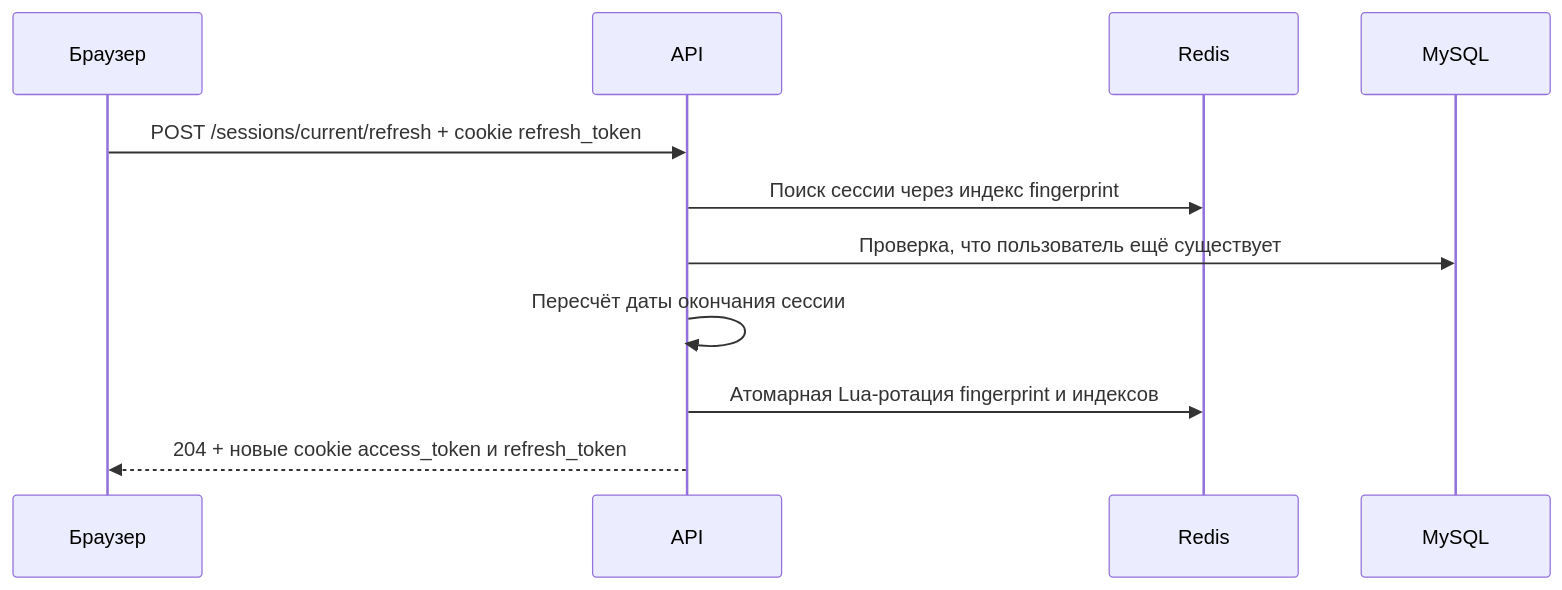
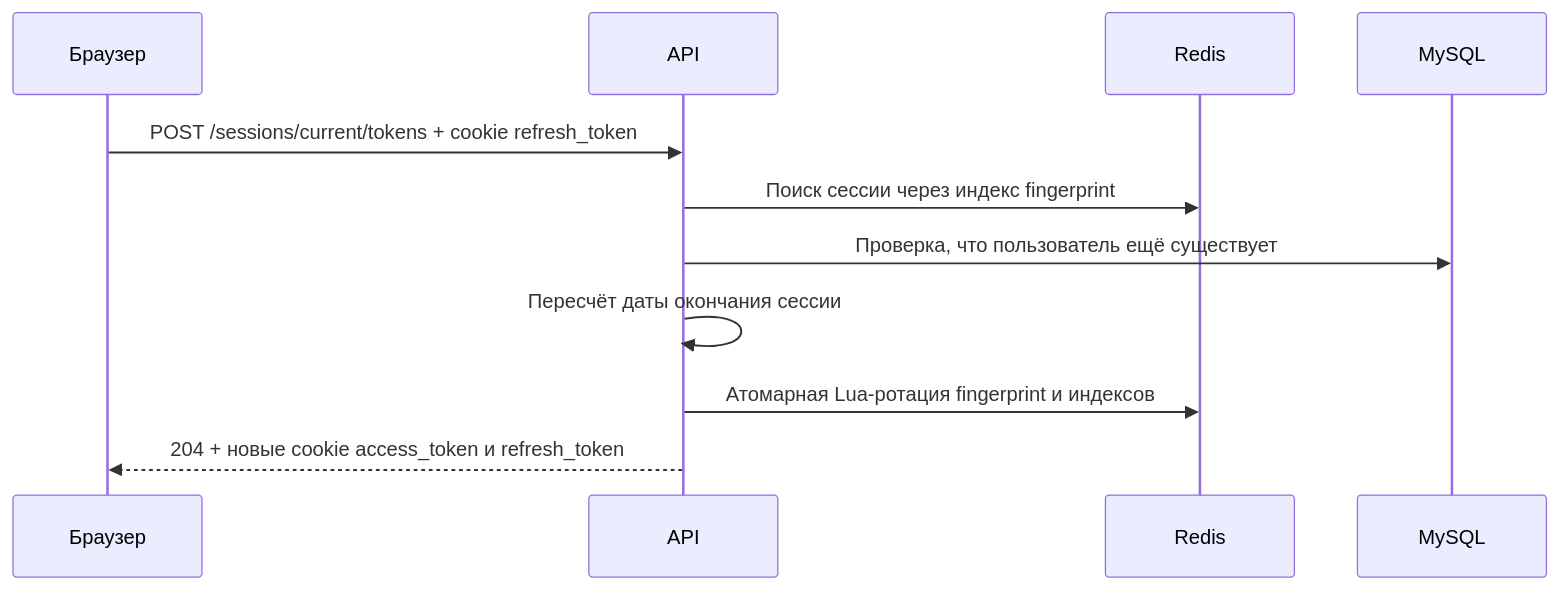
One commit to ViaCode-Team/ViaTradeBackend changed the fourth of 4 diagrams in docs/auth.md. Above: the diagram before and after it, drawn with Mermaid. The commit also changed other lines of this file and 18 other files, not shown here.

````diff
--- a/docs/auth.md
+++ b/docs/auth.md
@@ -178,14 +178,14 @@
 ```mermaid
 sequenceDiagram
     participant B as Браузер
     participant API as API
     participant R as Redis
     participant DB as MySQL
 
-    B->>API: POST /sessions/current/refresh + cookie refresh_token
+    B->>API: POST /sessions/current/tokens + cookie refresh_token
     API->>R: Поиск сессии через индекс fingerprint
     API->>DB: Проверка, что пользователь ещё существует
     API->>API: Пересчёт даты окончания сессии
     API->>R: Атомарная Lua-ротация fingerprint и индексов
     API-->>B: 204 + новые cookie access_token и refresh_token
 ```
````
